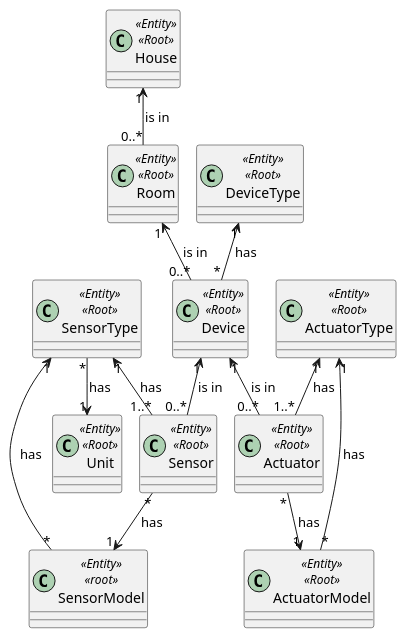
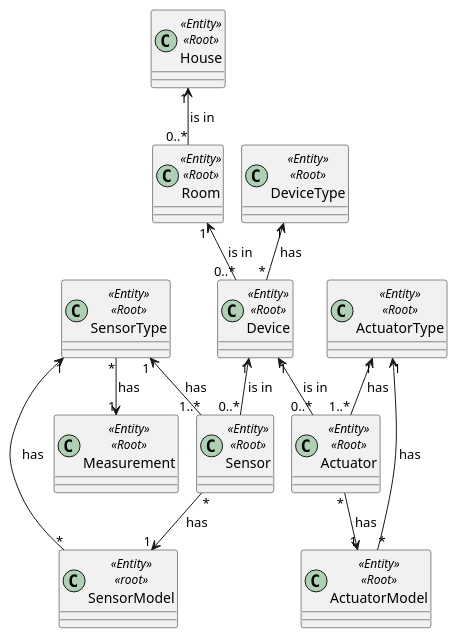
Before and after one commit to olivDiogo/SmartHome: the diagram in docs2/general/domainEntity.puml, drawn with PlantUML.

Commit message:
Update:  change domain after feedback, closes #177

```diff
--- a/docs2/general/domainEntity.puml
+++ b/docs2/general/domainEntity.puml
@@ -1,29 +1,29 @@
 @startuml
 !pragma layout smetana
 
 class House<<Entity>><<Root>>{}
 class Room<<Entity>><<Root>>{}
 class Device<<Entity>><<Root>>{}
 class DeviceType<<Entity>><<Root>>{}
 class Sensor<<Entity>><<Root>>{}
 class Actuator<<Entity>><<Root>>{}
 class ActuatorType<<Entity>><<Root>>{}
 class ActuatorModel<<Entity>><<Root>>{}
 class SensorType<<Entity>><<Root>>{}
 class SensorModel<<Entity>><<root>>{}
-class Unit<<Entity>><<Root>>{}
+class Measurement<<Entity>><<Root>>{}
 
 House "1" <-- "0..*" Room : is in >
 Room "1" <-- "0..*" Device : is in >
 DeviceType "1" <-- "*" Device : has >
 Device "1" <-- "0..*" Sensor : is in >
 Device "1" <-- "0..*" Actuator : is in >
 SensorType "1" <-- "1..*" Sensor : has >
-SensorType "*" --> "1" Unit : has >
+SensorType "*" --> "1" Measurement : has >
 Sensor "*" --> "1" SensorModel : has >
 SensorType "1" <-- "*" SensorModel : has >
 ActuatorType "1" <-- "1..*" Actuator : has >
 ActuatorType "1" <-- "*" ActuatorModel : has  >
 Actuator "*" --> "1" ActuatorModel : has >
 
 @enduml
```
